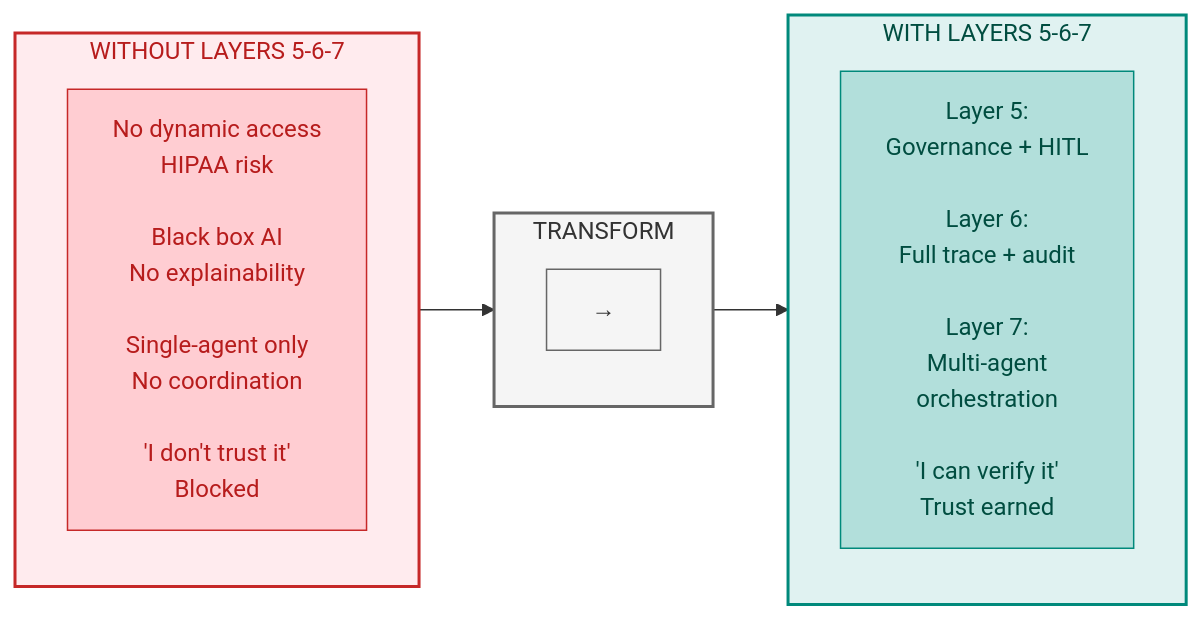
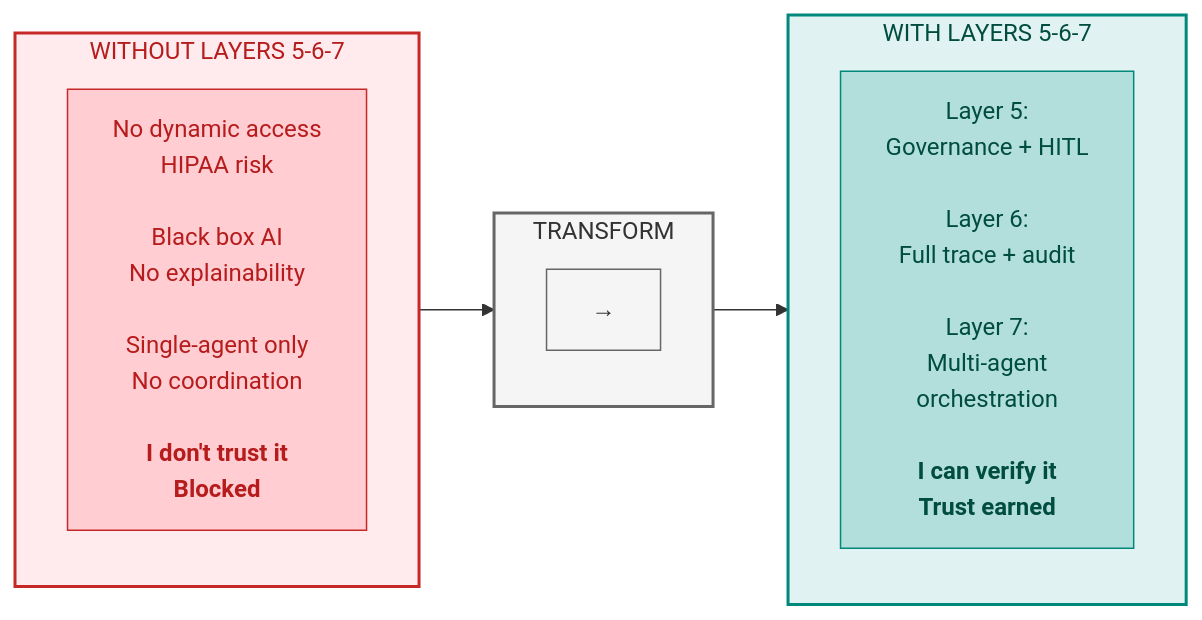
One commit to colaberry/trust-before-intelligence-book changed the first of 14 diagrams in manuscript/07_chapter_6_transparency_orchestration_layers_v1_9.md. Above: the diagram before and after it, drawn with Mermaid. The commit also changed other lines of this file, not shown here.

First line of the commit message:
Fixing diagrams of chapter 6

````diff
--- a/manuscript/07_chapter_6_transparency_orchestration_layers_v1_9.md
+++ b/manuscript/07_chapter_6_transparency_orchestration_layers_v1_9.md
@@ -15,28 +15,28 @@
 ```mermaid
 
 graph LR
     subgraph WITHOUT["WITHOUT LAYERS 5-6-7"]
         direction TB
-        W1["No dynamic access<br/>HIPAA risk<br/><br/>Black box AI<br/>No explainability<br/><br/>Single-agent only<br/>No coordination<br/><br/>'I don't trust it'<br/>Blocked"]
+        W1["No dynamic access<br/>HIPAA risk<br/><br/>Black box AI<br/>No explainability<br/><br/>Single-agent only<br/>No coordination<br/><br/><b>I don't trust it<br/>Blocked</b>"]
     end
     
     subgraph TRANSFORM["TRANSFORM"]
         direction TB
         T1["→"]
     end
     
     subgraph WITH["WITH LAYERS 5-6-7"]
         direction TB
-        L1["Layer 5:<br/>Governance + HITL<br/><br/>Layer 6:<br/>Full trace + audit<br/><br/>Layer 7:<br/>Multi-agent<br/>orchestration<br/><br/>'I can verify it'<br/>Trust earned"]
+        L1["Layer 5:<br/>Governance + HITL<br/><br/>Layer 6:<br/>Full trace + audit<br/><br/>Layer 7:<br/>Multi-agent<br/>orchestration<br/><br/><b>I can verify it<br/>Trust earned</b>"]
     end
     
     WITHOUT --> TRANSFORM --> WITH
     
     style WITHOUT fill:#ffebee,stroke:#c62828,stroke-width:2px,color:#b71c1c
     style TRANSFORM fill:#f5f5f5,stroke:#666666,stroke-width:2px,color:#333333
     style WITH fill:#e0f2f1,stroke:#00897b,stroke-width:2px,color:#004d40
     style W1 fill:#ffcdd2,stroke:#c62828,color:#b71c1c
     style T1 fill:#f5f5f5,stroke:#666666,color:#333333
     style L1 fill:#b2dfdb,stroke:#00897b,color:#004d40
 
 ```
````
